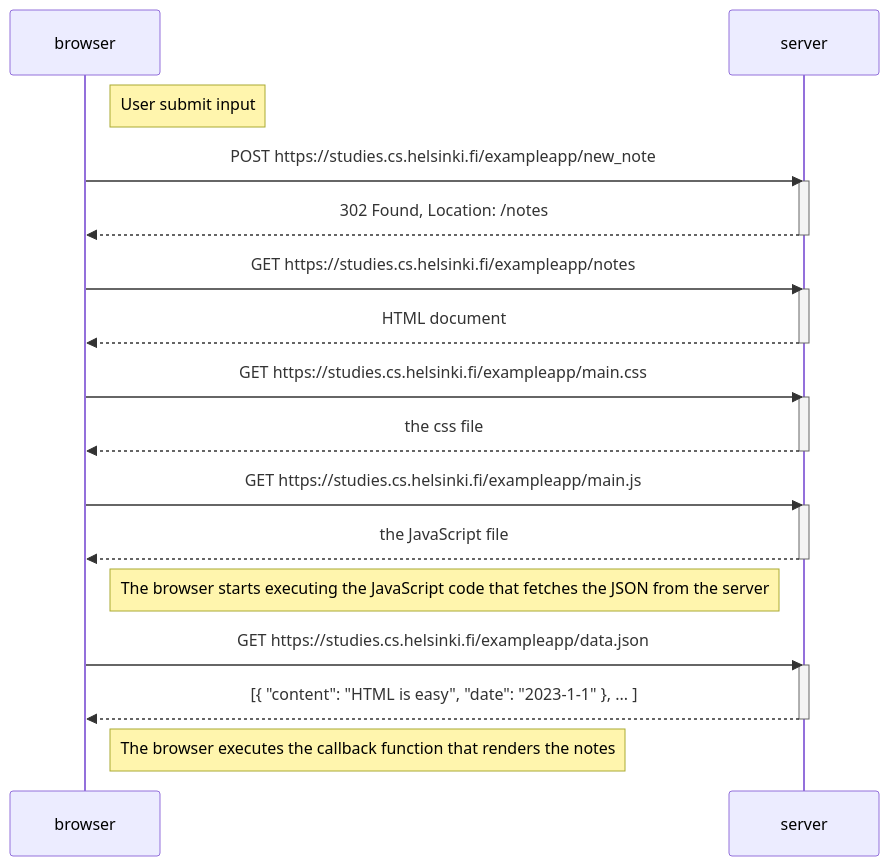
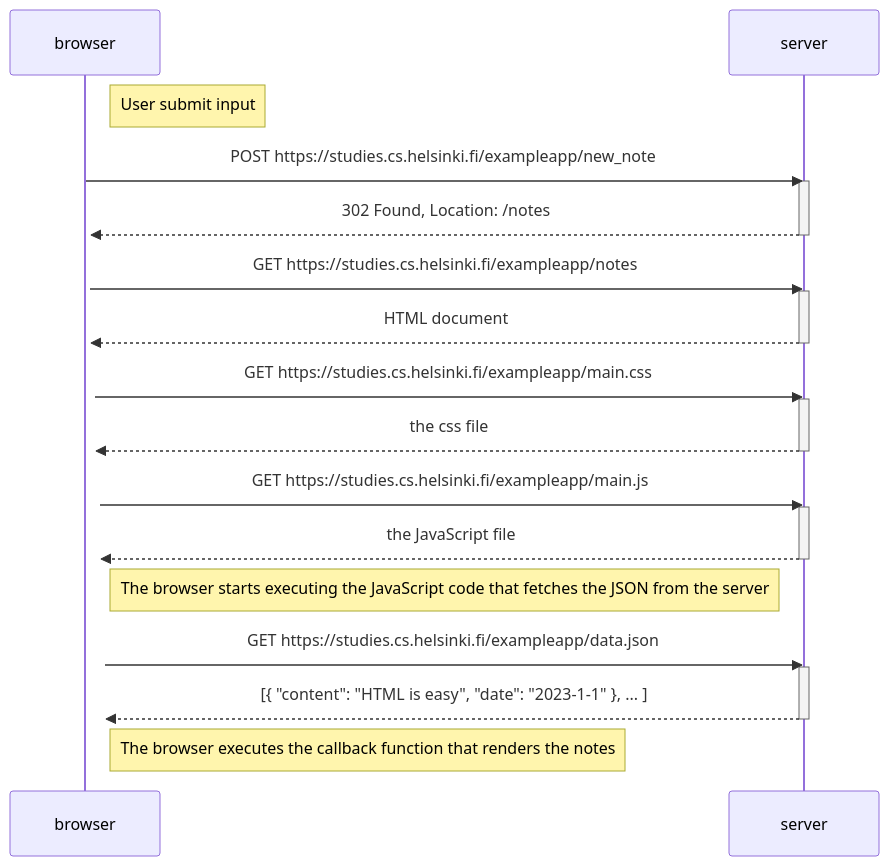
Before and after one commit to YC-TAN/full-stack-open: the diagram in part0/exercise4.md, drawn with Mermaid.

Commit message:
Remove space after arrow to server

````diff
--- a/part0/exercise4.md
+++ b/part0/exercise4.md
@@ -4,36 +4,36 @@
 ```mermaid
 sequenceDiagram
     participant browser
     participant server
 
     Note right of browser: User submit input
 
     browser->>server: POST https://studies.cs.helsinki.fi/exampleapp/new_note
     activate server
-    server-->>browser: 302 Found, Location: /notes
+    server-->>+browser: 302 Found, Location: /notes
     deactivate server
 
     browser->>server: GET https://studies.cs.helsinki.fi/exampleapp/notes
     activate server
-    server-->>browser: HTML document
+    server-->>+browser: HTML document
     deactivate server
 
     browser->>server: GET https://studies.cs.helsinki.fi/exampleapp/main.css
     activate server
-    server-->>browser: the css file
+    server-->>+browser: the css file
     deactivate server
 
     browser->>server: GET https://studies.cs.helsinki.fi/exampleapp/main.js
     activate server
-    server-->>browser: the JavaScript file
+    server-->>+browser: the JavaScript file
     deactivate server
 
     Note right of browser: The browser starts executing the JavaScript code that fetches the JSON from the server
 
     browser->>server: GET https://studies.cs.helsinki.fi/exampleapp/data.json
     activate server
-    server-->>browser: [{ "content": "HTML is easy", "date": "2023-1-1" }, ... ]
+    server-->>+browser: [{ "content": "HTML is easy", "date": "2023-1-1" }, ... ]
     deactivate server
 
     Note right of browser: The browser executes the callback function that renders the notes
 ```
````
